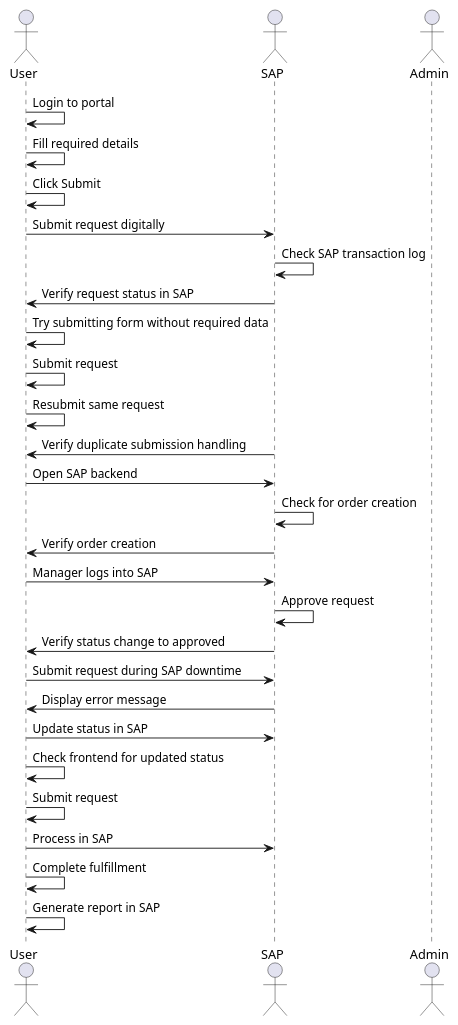
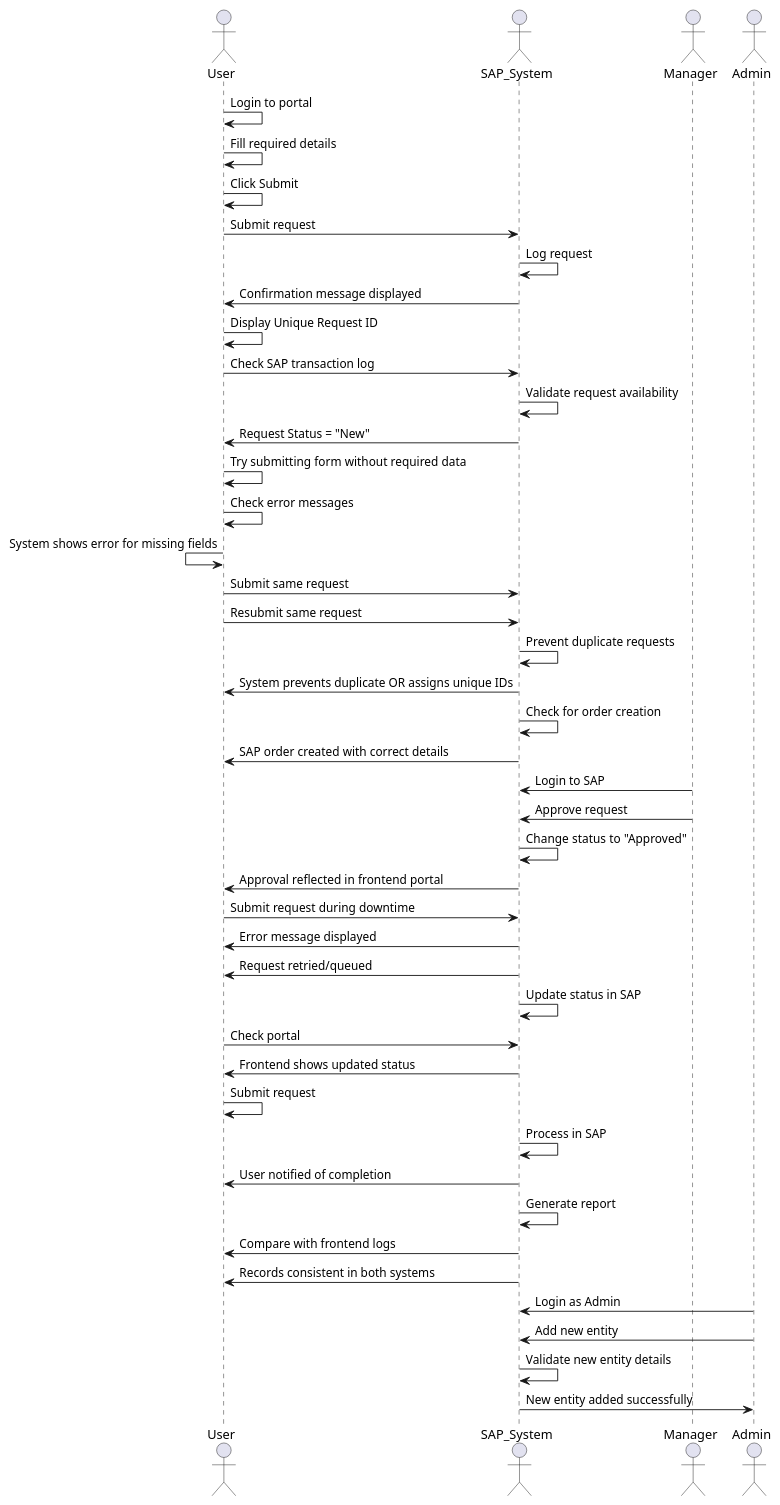
One commit to aniket-017/PlantUml changed the diagram in plantuml2/static/e2e_test_diagram.puml. Above: the diagram before and after it, drawn with PlantUML. The commit also changed 6 other files, not shown here.

Commit message:
interated frontend and backend on same port

```diff
--- a/plantuml2/static/e2e_test_diagram.puml
+++ b/plantuml2/static/e2e_test_diagram.puml
@@ -1,31 +1,56 @@
 @startuml
 actor User
-actor SAP
+actor SAP_System
+actor Manager
 actor Admin
 
 User -> User: Login to portal
 User -> User: Fill required details
 User -> User: Click Submit
-User -> SAP: Submit request digitally
-SAP -> SAP: Check SAP transaction log
-SAP -> User: Verify request status in SAP
+User -> SAP_System: Submit request
+SAP_System -> SAP_System: Log request
+User <- SAP_System: Confirmation message displayed
+User -> User: Display Unique Request ID 
+
+User -> SAP_System: Check SAP transaction log
+SAP_System -> SAP_System: Validate request availability
+User <- SAP_System: Request Status = "New"
+
 User -> User: Try submitting form without required data
+User -> User: Check error messages
+User <- User: System shows error for missing fields
+
+User -> SAP_System: Submit same request
+User -> SAP_System: Resubmit same request
+SAP_System -> SAP_System: Prevent duplicate requests
+User <- SAP_System: System prevents duplicate OR assigns unique IDs
+
+SAP_System -> SAP_System: Check for order creation
+User <- SAP_System: SAP order created with correct details
+
+Manager -> SAP_System: Login to SAP
+Manager -> SAP_System: Approve request
+SAP_System -> SAP_System: Change status to "Approved"
+User <- SAP_System: Approval reflected in frontend portal
+
+User -> SAP_System: Submit request during downtime
+SAP_System -> User: Error message displayed
+User <- SAP_System: Request retried/queued 
+
+SAP_System -> SAP_System: Update status in SAP
+User -> SAP_System: Check portal
+SAP_System -> User: Frontend shows updated status
+
 User -> User: Submit request
-User -> User: Resubmit same request
-SAP -> User: Verify duplicate submission handling
-User -> SAP: Open SAP backend
-SAP -> SAP: Check for order creation
-SAP -> User: Verify order creation
-User -> SAP: Manager logs into SAP
-SAP -> SAP: Approve request
-SAP -> User: Verify status change to approved
-User -> SAP: Submit request during SAP downtime
-SAP -> User: Display error message
-User -> SAP: Update status in SAP
-User -> User: Check frontend for updated status
-User -> User: Submit request
-User -> SAP: Process in SAP
-User -> User: Complete fulfillment
-User -> User: Generate report in SAP
+SAP_System -> SAP_System: Process in SAP
+SAP_System -> User: User notified of completion
 
+SAP_System -> SAP_System: Generate report
+SAP_System -> User: Compare with frontend logs
+User <- SAP_System: Records consistent in both systems
+
+Admin -> SAP_System: Login as Admin
+Admin -> SAP_System: Add new entity
+SAP_System -> SAP_System: Validate new entity details
+Admin <- SAP_System: New entity added successfully
 @enduml
```
